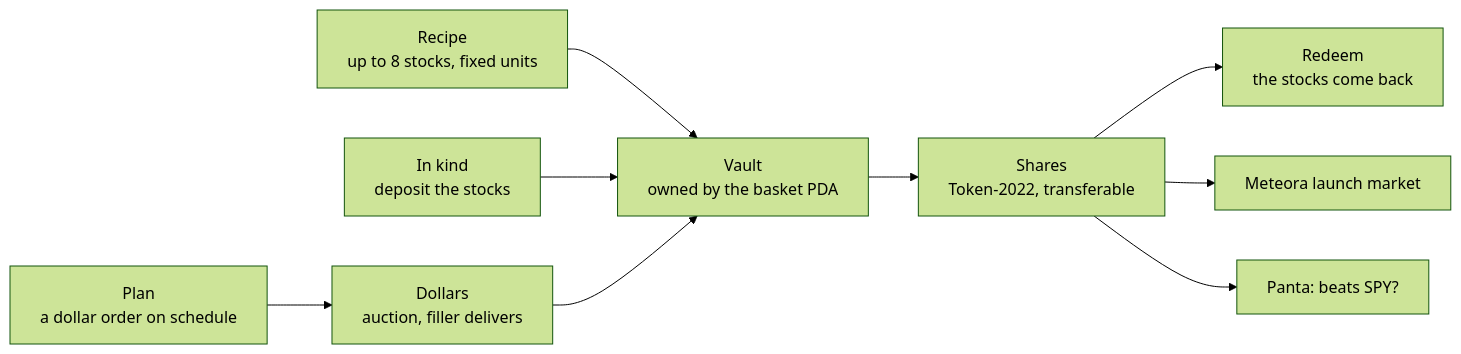
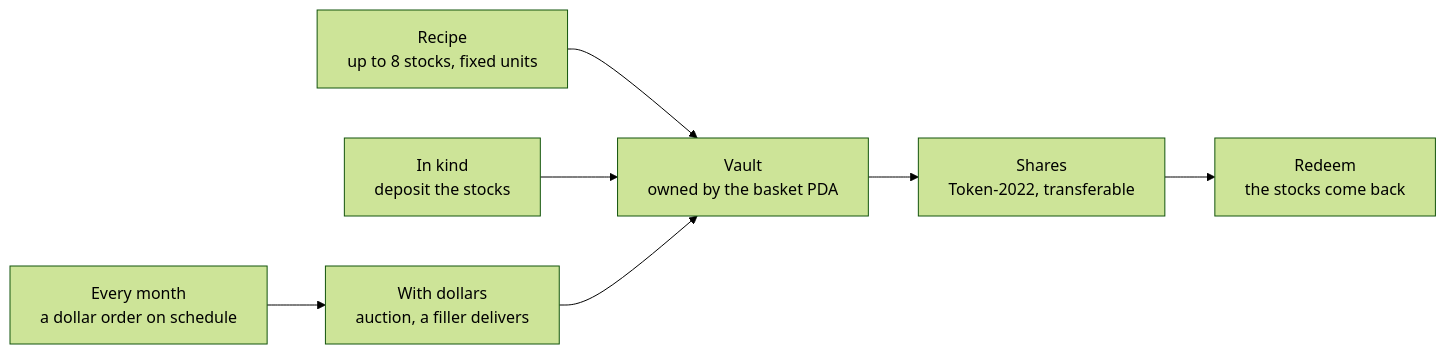
One commit to RohanGlitched/sheaf changed the diagram in README.md. Above: the diagram before and after it, drawn with Mermaid (forest theme). The commit also changed other lines of this file and 41 other files, not shown here.

First line of the commit message:
Round-two fixes: launch buys, keeper budget, honest traction, tape cold start, safer filler

````diff
--- a/README.md
+++ b/README.md
@@ -58,11 +31,9 @@
 ```mermaid
 flowchart LR
   R["Recipe<br/>up to 8 stocks, fixed units"] --> V["Vault<br/>owned by the basket PDA"]
   K["In kind<br/>deposit the stocks"] --> V
-  D["Dollars<br/>auction, filler delivers"] --> V
-  P["Plan<br/>a dollar order on schedule"] --> D
+  D["With dollars<br/>auction, a filler delivers"] --> V
+  P["Every month<br/>a dollar order on schedule"] --> D
   V --> S["Shares<br/>Token-2022, transferable"]
   S --> X["Redeem<br/>the stocks come back"]
-  S --> M["Meteora launch market"]
-  S --> Q["Panta: beats SPY?"]
 ```
````
